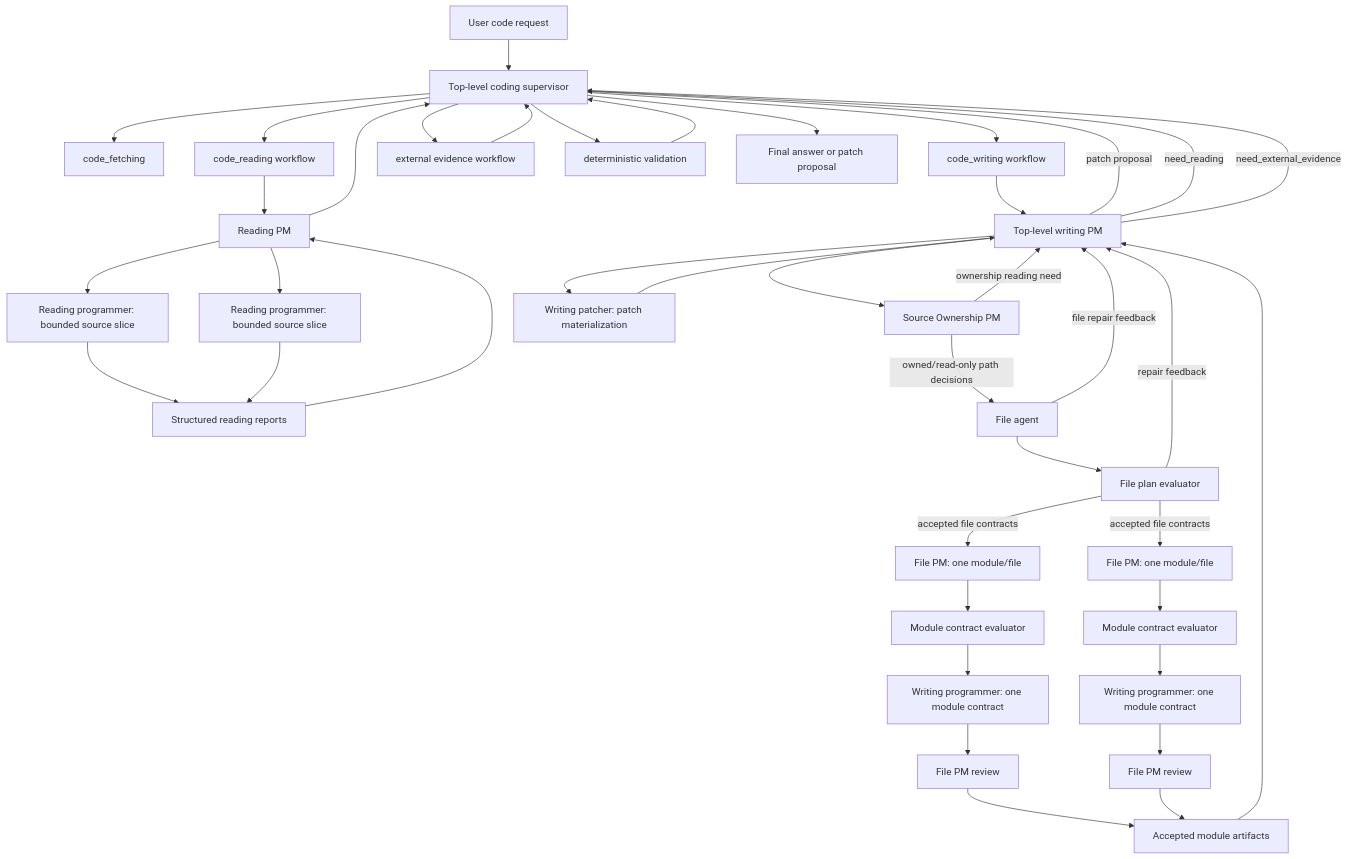
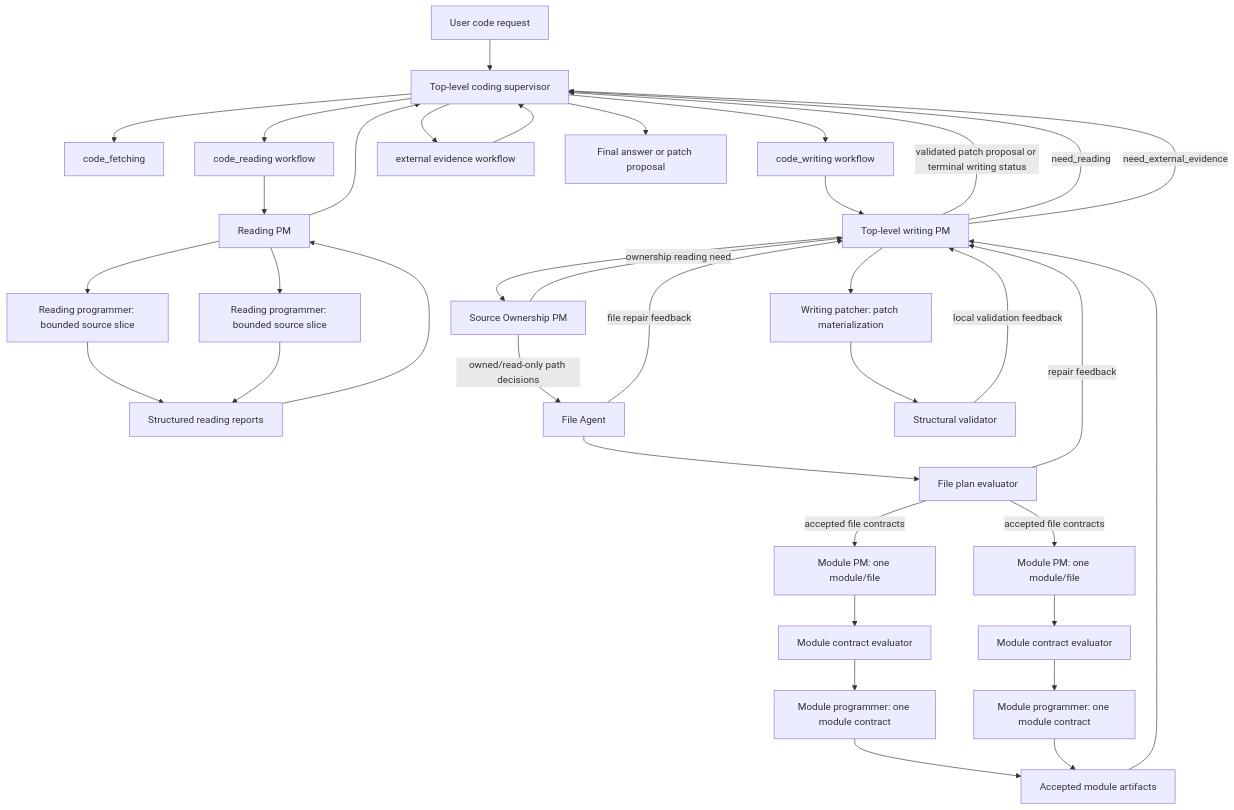
One commit to eamars/KazusaAIChatbot changed the first of 4 diagrams in development_plans/reference/designs/coding_agent_architecture.md. Above: the diagram before and after it, drawn with Mermaid. The commit also changed other lines of this file and 22 other files, not shown here.

````diff
--- a/development_plans/reference/designs/coding_agent_architecture.md
+++ b/development_plans/reference/designs/coding_agent_architecture.md
@@ -128,46 +131,43 @@
 ```mermaid
 flowchart TD
     U[User code request] --> S[Top-level coding supervisor]
 
     S --> F[code_fetching]
     S --> R[code_reading workflow]
     S --> W[code_writing workflow]
     S --> E[external evidence workflow]
-    S --> V[deterministic validation]
 
     R --> RPM[Reading PM]
     RPM --> RP1[Reading programmer: bounded source slice]
     RPM --> RP2[Reading programmer: bounded source slice]
     RP1 --> RPT[Structured reading reports]
     RP2 --> RPT
     RPT --> RPM
     RPM --> S
 
     W --> WPM[Top-level writing PM]
     WPM --> SOPM[Source Ownership PM]
-    SOPM -->|owned/read-only path decisions| WFA[File agent]
+    SOPM -->|owned/read-only path decisions| WFA[File Agent]
     SOPM -->|ownership reading need| WPM
     WFA --> WFPE[File plan evaluator]
     WFA -->|file repair feedback| WPM
-    WFPE -->|accepted file contracts| FPM1[File PM: one module/file]
-    WFPE -->|accepted file contracts| FPM2[File PM: one module/file]
+    WFPE -->|accepted file contracts| FPM1[Module PM: one module/file]
+    WFPE -->|accepted file contracts| FPM2[Module PM: one module/file]
     WFPE -->|repair feedback| WPM
     FPM1 --> MCE1[Module contract evaluator]
     FPM2 --> MCE2[Module contract evaluator]
-    MCE1 --> WP1[Writing programmer: one module contract]
-    MCE2 --> WP2[Writing programmer: one module contract]
-    WP1 --> FPR1[File PM review]
-    WP2 --> FPR2[File PM review]
-    FPR1 --> WFPR[Accepted module artifacts]
-    FPR2 --> WFPR
+    MCE1 --> WP1[Module programmer: one module contract]
+    MCE2 --> WP2[Module programmer: one module contract]
+    WP1 --> WFPR[Accepted module artifacts]
+    WP2 --> WFPR
     WFPR --> WPM
     WPM --> WPA[Writing patcher: patch materialization]
-    WPA --> WPM
-    WPM -->|patch proposal| S
+    WPA --> WV[Structural validator]
+    WV -->|local validation feedback| WPM
+    WPM -->|validated patch proposal or terminal writing status| S
     WPM -->|need_reading| S
     WPM -->|need_external_evidence| S
 
     E --> S
-    V --> S
     S --> O[Final answer or patch proposal]
 ```
````
